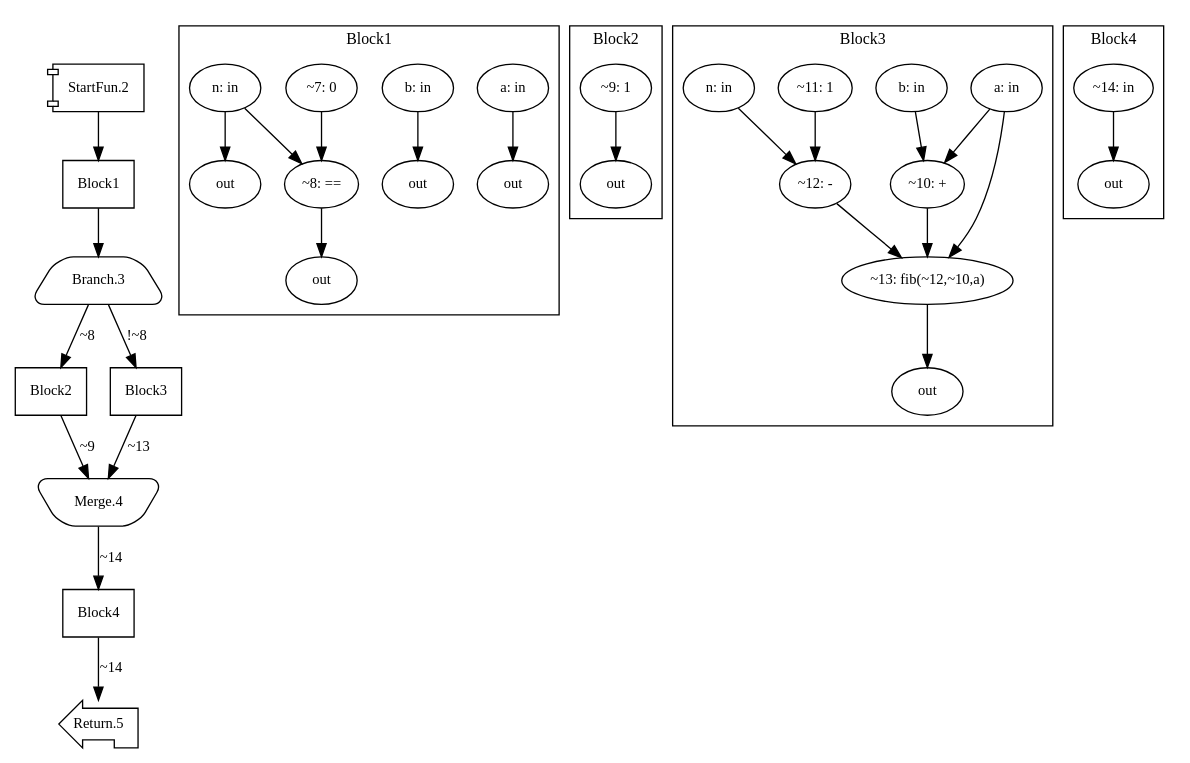
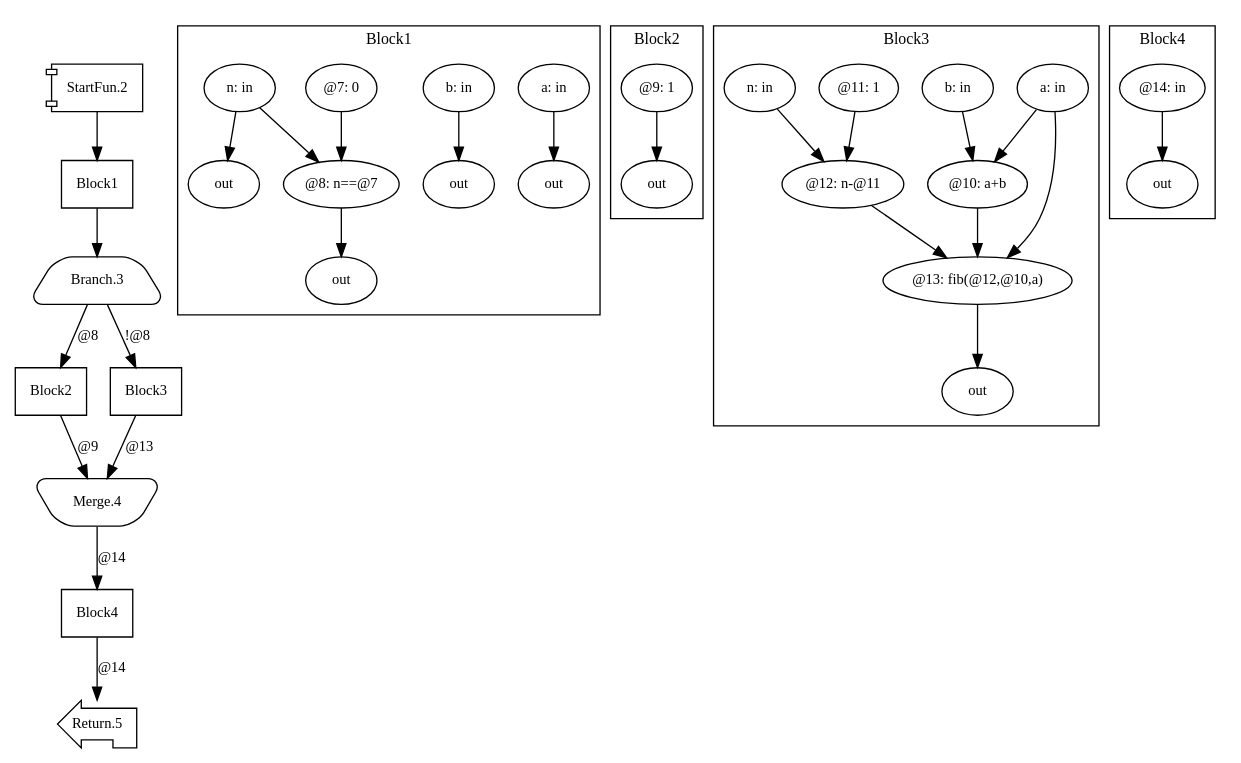
One commit to akouryy/SyntheScala changed the diagram in dist/fib.dot. Above: the diagram before and after it, drawn with Graphviz. The commit also changed 5 other files, not shown here.

Commit message:
Improve graph drawer

```diff
--- a/dist/fib.dot
+++ b/dist/fib.dot
@@ -1,35 +1,35 @@
 digraph Program_ {
 graph [fontname = "Monaco", fontsize = 12, ranksep = 0.5];
 node [shape = box, fontname = "Monaco", fontsize = 11; colorscheme = pastel19];
 edge [fontname = "Monaco", fontsize = 11; colorscheme = pastel19];
 Jump2[label = "StartFun.2"; shape = component];
 Jump2 -> Block1;
 Jump3[
   label = "Branch.3";
   shape = trapezium; style = rounded;
 ];
 Block1 -> Jump3;
-Jump3 -> Block2 [label="~8"];
-Jump3 -> Block3 [label="!~8"];
+Jump3 -> Block2 [label="@8"];
+Jump3 -> Block3 [label="!@8"];
 Jump4[label = "Merge.4"; shape = invtrapezium; style = rounded];
-Block2 -> Jump4 [label="~9"];Block3 -> Jump4 [label="~13"];
-Jump4 -> Block4 [label="~14"];
+Block2 -> Jump4 [label="@9"];Block3 -> Jump4 [label="@13"];
+Jump4 -> Block4 [label="@14"];
 Jump5[label = "Return.5"; shape = lpromoter];
-Block4 -> Jump5 [label="~14"];
+Block4 -> Jump5 [label="@14"];
 Block1 [label = "Block1"];
 Block2 [label = "Block2"];
 Block3 [label = "Block3"];
 Block4 [label = "Block4"];
 subgraph cluster_dfg_Block1{
 node [shape = oval];
 label = "Block1";
-ndBlock1_0 [label="~8: =="];ndBlock1_1 [label="out"];ndBlock1_2 [label="out"];ndBlock1_3 [label="a: in"];ndBlock1_4 [label="b: in"];ndBlock1_5 [label="~7: 0"];ndBlock1_6 [label="out"];ndBlock1_7 [label="out"];ndBlock1_8 [label="n: in"];ndBlock1_0 -> ndBlock1_1; ndBlock1_3 -> ndBlock1_7; ndBlock1_4 -> ndBlock1_2; ndBlock1_5 -> ndBlock1_0; ndBlock1_8 -> ndBlock1_0; ndBlock1_8 -> ndBlock1_6; }subgraph cluster_dfg_Block2{
+ndBlock1_0 [label="out"];ndBlock1_1 [label="@8: n==@7"];ndBlock1_2 [label="out"];ndBlock1_3 [label="a: in"];ndBlock1_4 [label="b: in"];ndBlock1_5 [label="out"];ndBlock1_6 [label="out"];ndBlock1_7 [label="@7: 0"];ndBlock1_8 [label="n: in"];ndBlock1_4 -> ndBlock1_2; ndBlock1_7 -> ndBlock1_1; ndBlock1_8 -> ndBlock1_1; ndBlock1_8 -> ndBlock1_5; ndBlock1_3 -> ndBlock1_6; ndBlock1_1 -> ndBlock1_0; }subgraph cluster_dfg_Block2{
 node [shape = oval];
 label = "Block2";
-ndBlock2_0 [label="~9: 1"];ndBlock2_1 [label="out"];ndBlock2_0 -> ndBlock2_1; }subgraph cluster_dfg_Block3{
+ndBlock2_0 [label="@9: 1"];ndBlock2_1 [label="out"];ndBlock2_0 -> ndBlock2_1; }subgraph cluster_dfg_Block3{
 node [shape = oval];
 label = "Block3";
-ndBlock3_0 [label="~12: -"];ndBlock3_1 [label="a: in"];ndBlock3_2 [label="b: in"];ndBlock3_3 [label="out"];ndBlock3_4 [label="~11: 1"];ndBlock3_5 [label="n: in"];ndBlock3_6 [label="~10: +"];ndBlock3_7 [label="~13: fib(~12,~10,a)"];ndBlock3_0 -> ndBlock3_7; ndBlock3_1 -> ndBlock3_6; ndBlock3_1 -> ndBlock3_7; ndBlock3_2 -> ndBlock3_6; ndBlock3_4 -> ndBlock3_0; ndBlock3_5 -> ndBlock3_0; ndBlock3_6 -> ndBlock3_7; ndBlock3_7 -> ndBlock3_3; }subgraph cluster_dfg_Block4{
+ndBlock3_0 [label="a: in"];ndBlock3_1 [label="b: in"];ndBlock3_2 [label="@10: a+b"];ndBlock3_3 [label="out"];ndBlock3_4 [label="@11: 1"];ndBlock3_5 [label="@12: n-@11"];ndBlock3_6 [label="@13: fib(@12,@10,a)"];ndBlock3_7 [label="n: in"];ndBlock3_4 -> ndBlock3_5; ndBlock3_7 -> ndBlock3_5; ndBlock3_0 -> ndBlock3_6; ndBlock3_2 -> ndBlock3_6; ndBlock3_5 -> ndBlock3_6; ndBlock3_0 -> ndBlock3_2; ndBlock3_1 -> ndBlock3_2; ndBlock3_6 -> ndBlock3_3; }subgraph cluster_dfg_Block4{
 node [shape = oval];
 label = "Block4";
-ndBlock4_0 [label="~14: in"];ndBlock4_1 [label="out"];ndBlock4_0 -> ndBlock4_1; }}
+ndBlock4_0 [label="@14: in"];ndBlock4_1 [label="out"];ndBlock4_0 -> ndBlock4_1; }}
```
